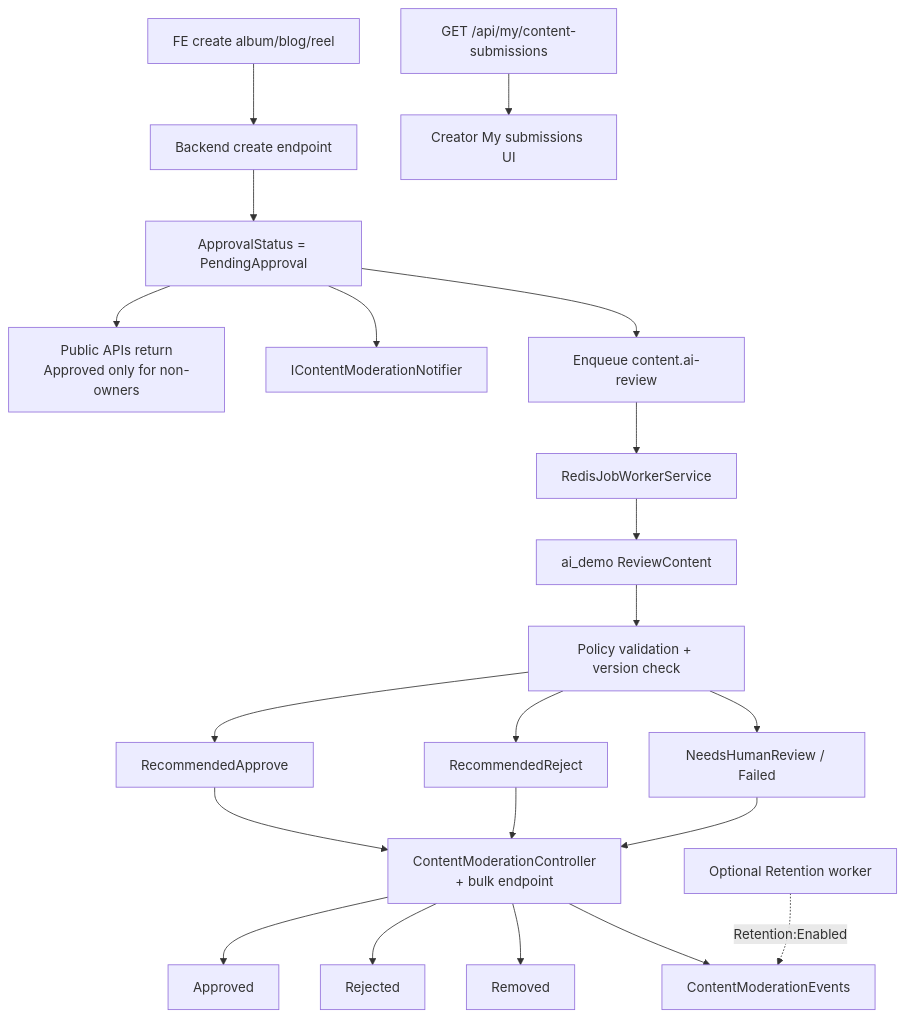
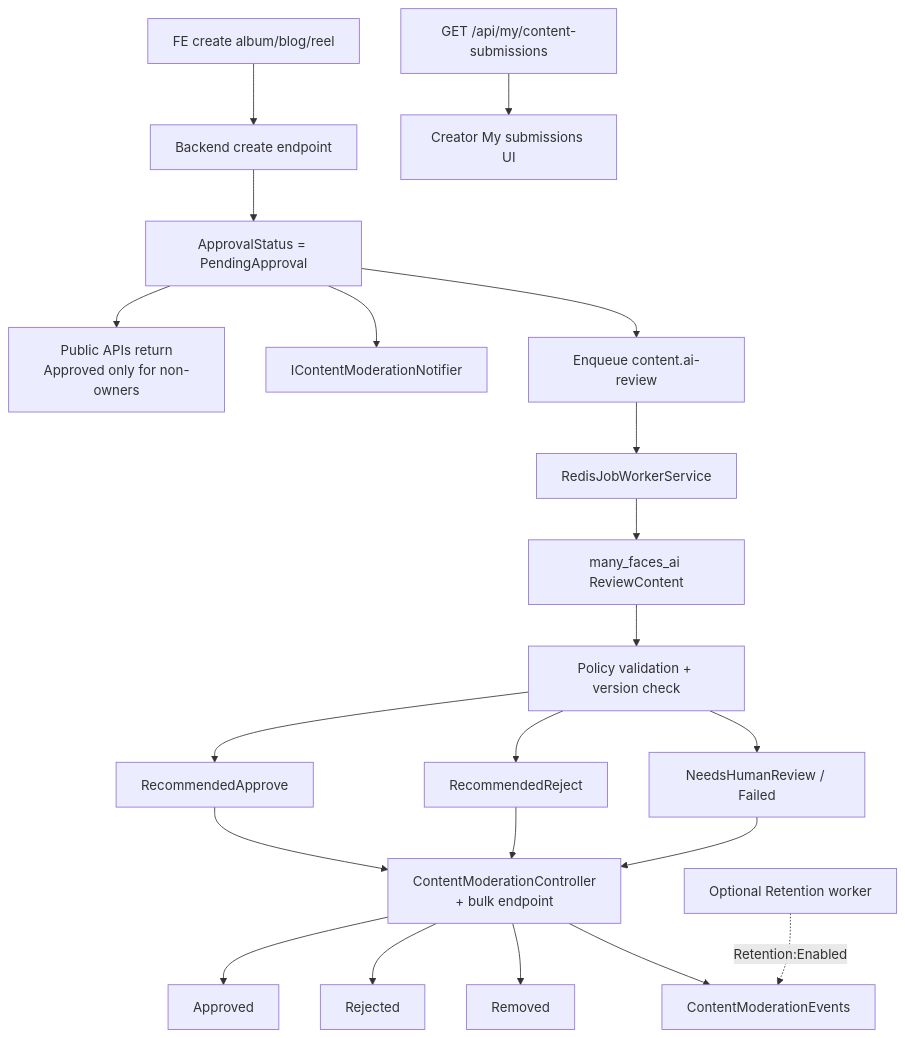
The sixth of 7 diagrams in README.md (01laky/many_faces_backend), drawn with Mermaid before and after one commit. The commit also changed other lines of this file and 8 other files, not shown here.

Commit message:
chore: align repo strings with many_faces monorepo paths

````diff
--- a/README.md
+++ b/README.md
@@ -199,29 +199,29 @@
 ```mermaid
 flowchart TD
     create["FE create album/blog/reel"] --> backend["Backend create endpoint"]
     backend --> pending["ApprovalStatus = PendingApproval"]
     pending --> filter["Public APIs return<br/>Approved only for non-owners"]
     pending --> notif["IContentModerationNotifier"]
     pending --> job["Enqueue content.ai-review"]
 
     job --> worker["RedisJobWorkerService"]
-    worker --> ai["ai_demo ReviewContent"]
+    worker --> ai["many_faces_ai ReviewContent"]
     ai --> policy["Policy validation + version check"]
 
     policy --> recApprove["RecommendedApprove"]
     policy --> recReject["RecommendedReject"]
     policy --> needsHuman["NeedsHumanReview / Failed"]
 
     recApprove --> adminApi["ContentModerationController<br/>+ bulk endpoint"]
     recReject --> adminApi
     needsHuman --> adminApi
 
     mysub["GET /api/my/content-submissions"] --> creator["Creator My submissions UI"]
 
     adminApi --> approved["Approved"]
     adminApi --> rejected["Rejected"]
     adminApi --> removed["Removed"]
     adminApi --> audit["ContentModerationEvents"]
 
     retain["Optional Retention worker"] -.->|"Retention:Enabled"| audit
 ```
````
